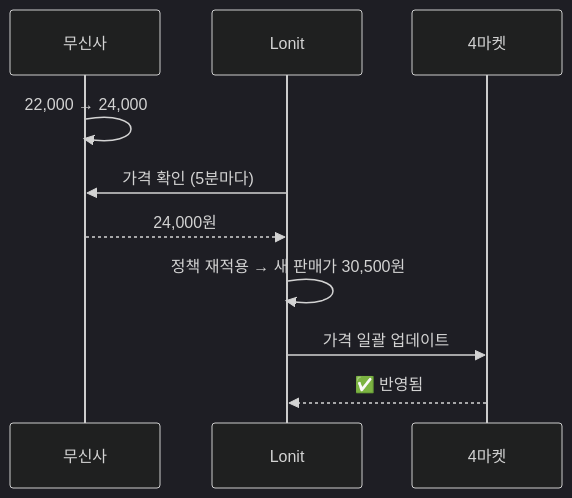
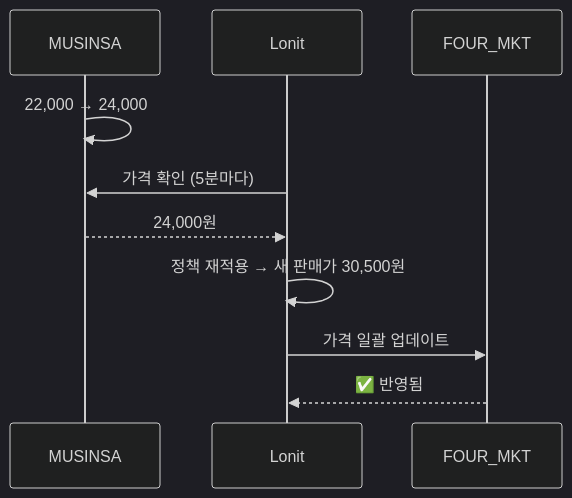
The seventh of 10 diagrams in docs/07-pricing.md (cksdud5785-design/lonit-manual), drawn with Mermaid (dark theme) before and after one commit. The commit also changed other lines of this file and 17 other files, not shown here.

First line of the commit message:
fix: mermaid 한국어 ID → ASCII + 더망고 → T사 일괄 변경

````diff
--- a/docs/07-pricing.md
+++ b/docs/07-pricing.md
@@ -196,9 +196,9 @@
 ```mermaid
 sequenceDiagram
-    무신사->>무신사: 22,000 → 24,000
-    Lonit->>무신사: 가격 확인 (5분마다)
-    무신사-->>Lonit: 24,000원
+    MUSINSA->>MUSINSA: 22,000 → 24,000
+    Lonit->>MUSINSA: 가격 확인 (5분마다)
+    MUSINSA-->>Lonit: 24,000원
     Lonit->>Lonit: 정책 재적용 → 새 판매가 30,500원
-    Lonit->>4마켓: 가격 일괄 업데이트
-    4마켓-->>Lonit: ✅ 반영됨
+    Lonit->>FOUR_MKT: 가격 일괄 업데이트
+    FOUR_MKT-->>Lonit: ✅ 반영됨
 ```
````
